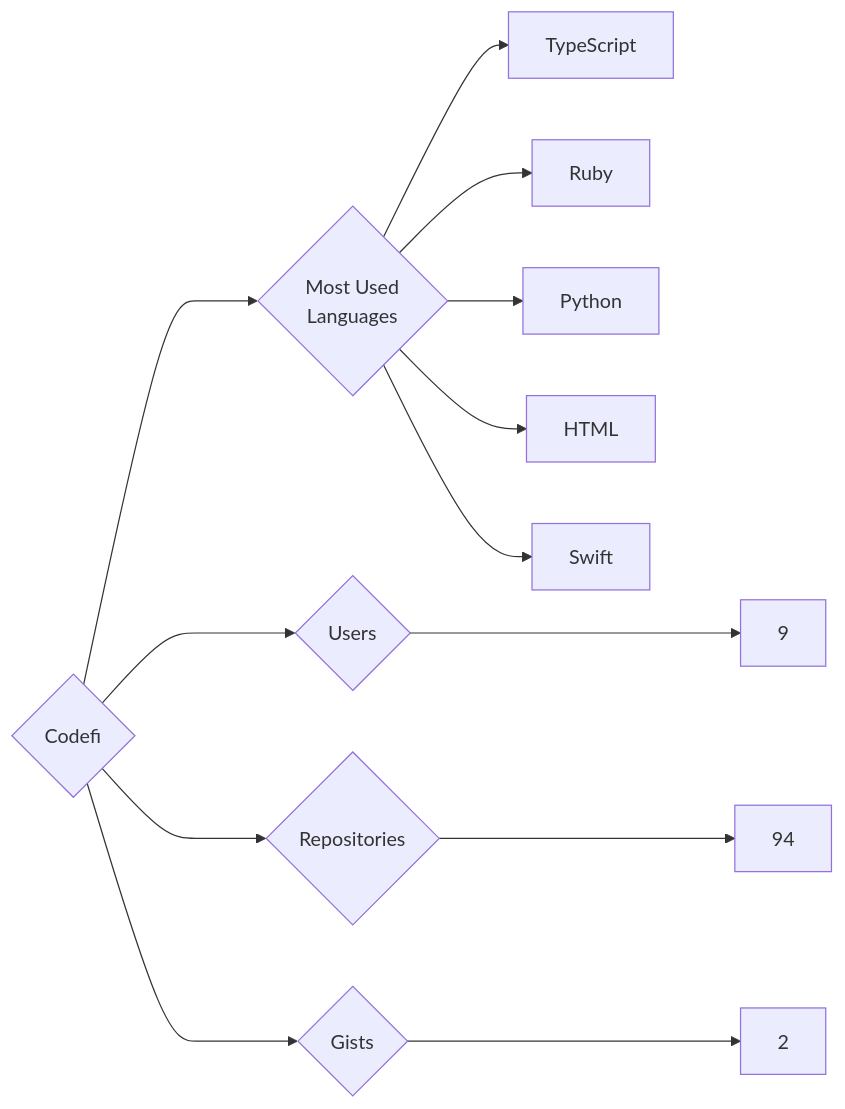
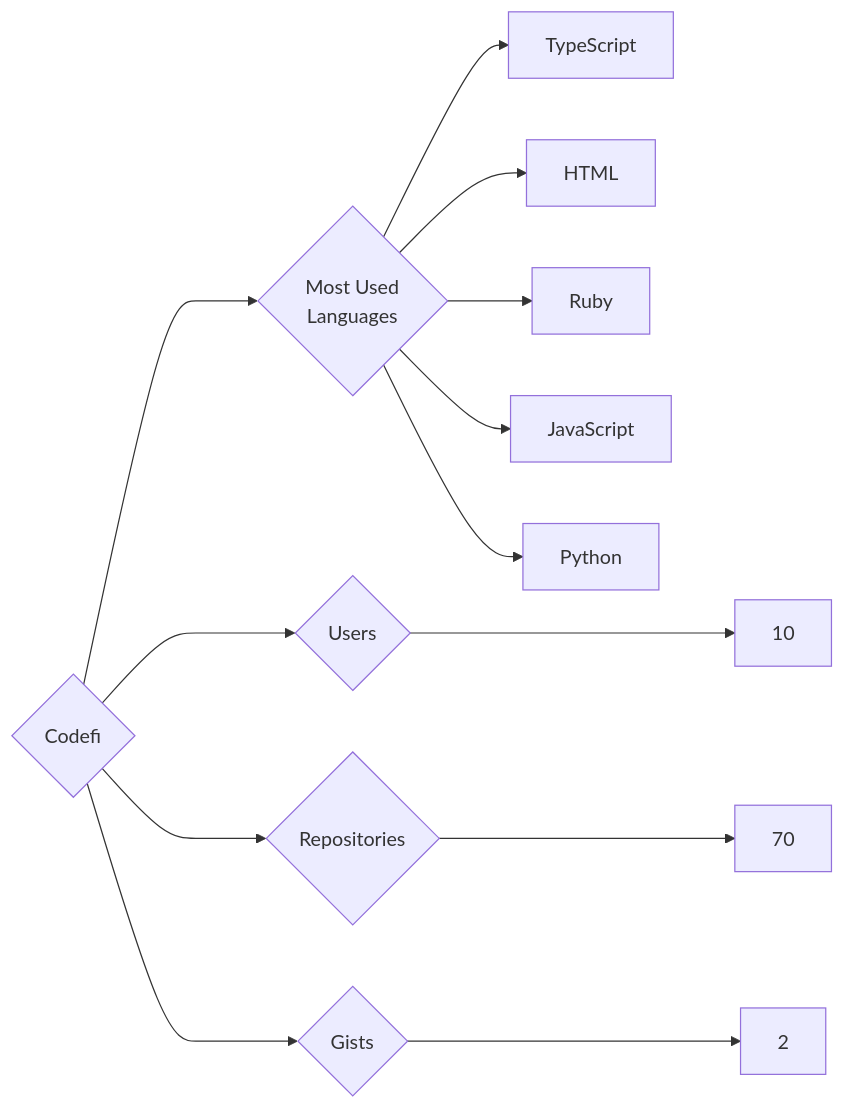
The diagram in targets/Codefi/README.md (trickest/insiders), drawn with Mermaid before and after one commit. The commit also changed 1314 other files, not shown here.

````diff
--- a/targets/Codefi/README.md
+++ b/targets/Codefi/README.md
@@ -3,13 +3,13 @@
 ```mermaid
 graph LR
 COMPANY_NAME{Codefi}
-COMPANY_NAME ---> U{Users} ---> UN[9]
-COMPANY_NAME ---> R{Repositories} ---> RN[94]
+COMPANY_NAME ---> U{Users} ---> UN[10]
+COMPANY_NAME ---> R{Repositories} ---> RN[70]
 COMPANY_NAME ---> G{Gists} ---> GN[2]
 COMPANY_NAME ---> ML{Most Used<br>Languages}
 ML --> TypeScript[TypeScript]
+ML --> HTML[HTML]
 ML --> Ruby[Ruby]
+ML --> JavaScript[JavaScript]
 ML --> Python[Python]
-ML --> HTML[HTML]
-ML --> Swift[Swift]
 ```
````
